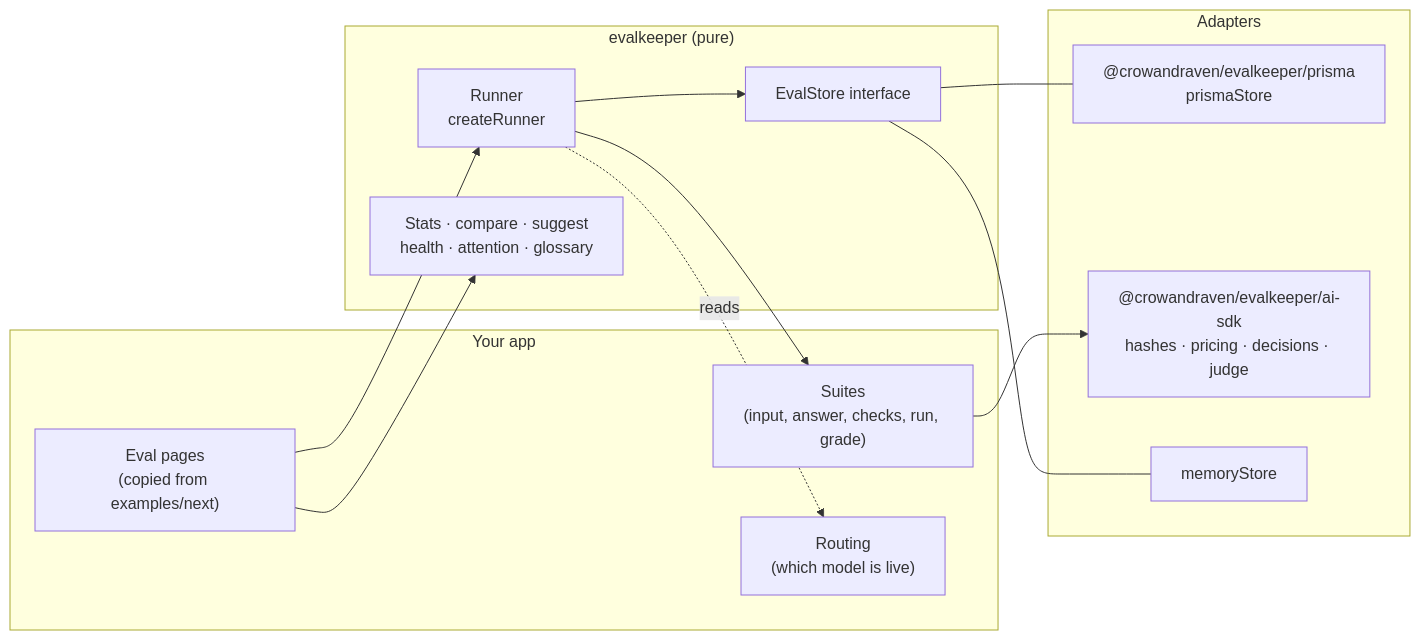
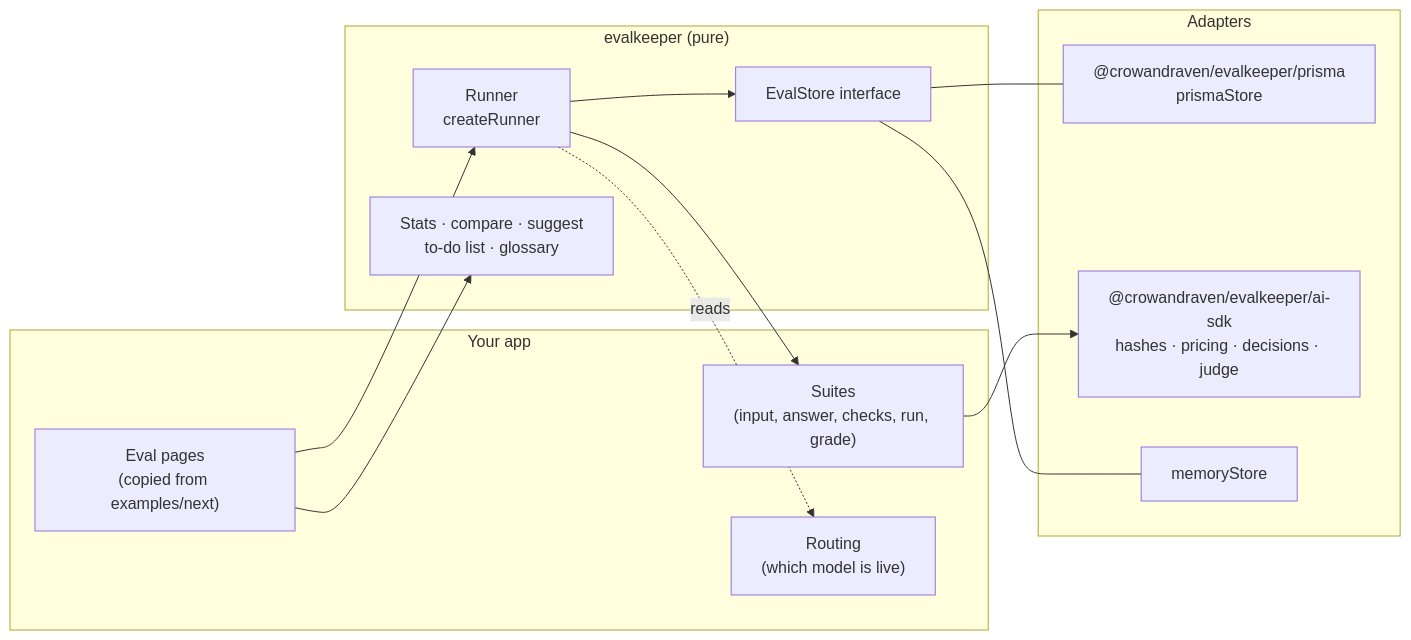
Before and after one commit to seanhudson/evalkeeper: the diagram in docs/architecture.md, drawn with Mermaid. The commit also changed other lines of this file and 17 other files, not shown here.

````diff
--- a/docs/architecture.md
+++ b/docs/architecture.md
@@ -8,26 +8,26 @@
 ```mermaid
 flowchart LR
   subgraph app["Your app"]
     suites["Suites<br/>(input, answer, checks, run, grade)"]
     pages["Eval pages<br/>(copied from examples/next)"]
     routing["Routing<br/>(which model is live)"]
   end
   subgraph core["evalkeeper (pure)"]
     runner["Runner<br/>createRunner"]
-    logic["Stats · compare · suggest<br/>health · attention · glossary"]
+    logic["Stats · compare · suggest<br/>to-do list · glossary"]
     store_if["EvalStore interface"]
   end
   subgraph adapters["Adapters"]
     prisma["@crowandraven/evalkeeper/prisma<br/>prismaStore"]
     aisdk["@crowandraven/evalkeeper/ai-sdk<br/>hashes · pricing · decisions · judge"]
     memory["memoryStore"]
   end
   pages --> runner
   pages --> logic
   runner --> suites
   runner --> store_if
   runner -. reads .-> routing
   store_if --- prisma
   store_if --- memory
   suites --> aisdk
 ```
````
